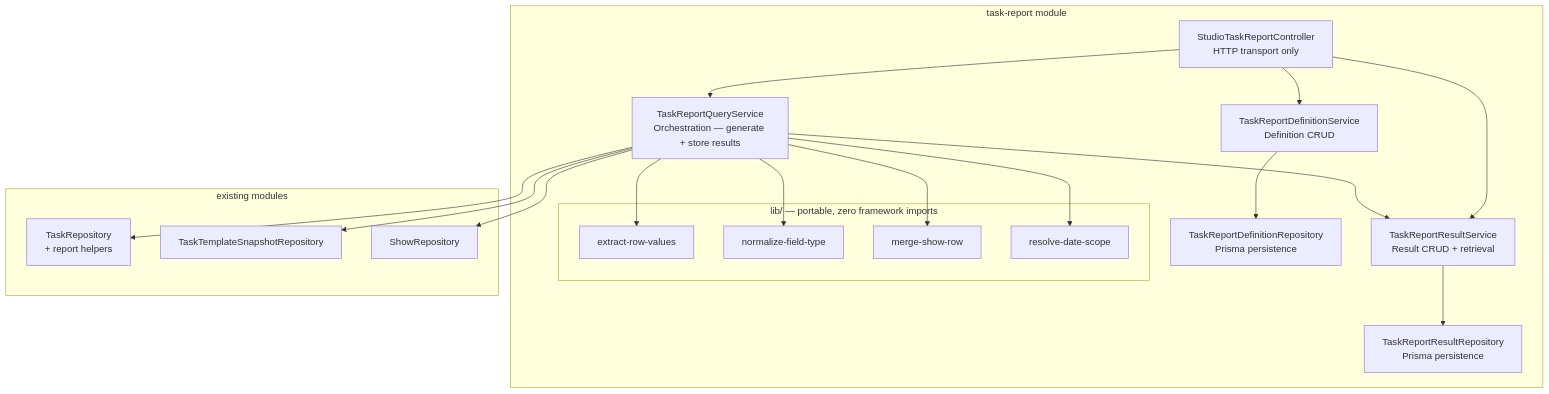
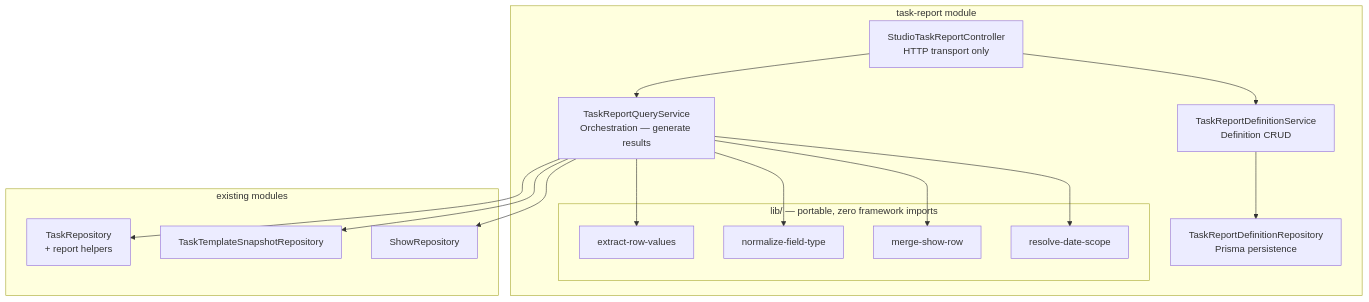
One commit to allenlin90/eridu-services changed the third of 3 diagrams in apps/erify_api/docs/design/TASK_SUBMISSION_REPORTING_DESIGN.md. Above: the diagram before and after it, drawn with Mermaid. The commit also changed other lines of this file and 4 other files, not shown here.

First line of the commit message:
docs(task-submission-reporting): drop server result storage, add two-level filtering

````diff
--- a/apps/erify_api/docs/design/TASK_SUBMISSION_REPORTING_DESIGN.md
+++ b/apps/erify_api/docs/design/TASK_SUBMISSION_REPORTING_DESIGN.md
@@ -732,37 +579,32 @@
 ```mermaid
 graph TB
     subgraph "task-report module"
         Ctrl[StudioTaskReportController<br/>HTTP transport only]
-        QS[TaskReportQueryService<br/>Orchestration — generate + store results]
+        QS[TaskReportQueryService<br/>Orchestration — generate results]
         DS[TaskReportDefinitionService<br/>Definition CRUD]
-        RS[TaskReportResultService<br/>Result CRUD + retrieval]
         DR[TaskReportDefinitionRepository<br/>Prisma persistence]
-        RR[TaskReportResultRepository<br/>Prisma persistence]
         subgraph "lib/ — portable, zero framework imports"
             ERV[extract-row-values]
             NFT[normalize-field-type]
             MSR[merge-show-row]
             RDS[resolve-date-scope]
         end
     end
 
     subgraph "existing modules"
         TaskRepo[TaskRepository<br/>+ report helpers]
         SnapshotRepo[TaskTemplateSnapshotRepository]
         ShowRepo[ShowRepository]
     end
 
     Ctrl --> QS
     Ctrl --> DS
-    Ctrl --> RS
     DS --> DR
-    RS --> RR
-    QS --> RS
     QS --> TaskRepo
     QS --> SnapshotRepo
     QS --> ShowRepo
     QS --> ERV
     QS --> NFT
     QS --> MSR
     QS --> RDS
 ```
````
